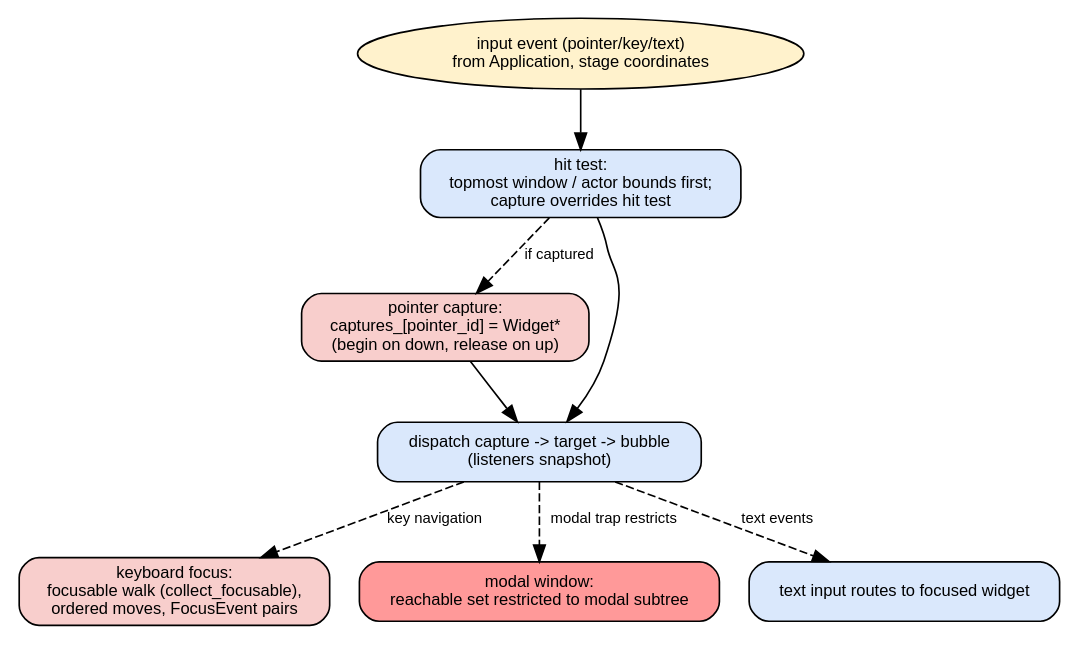
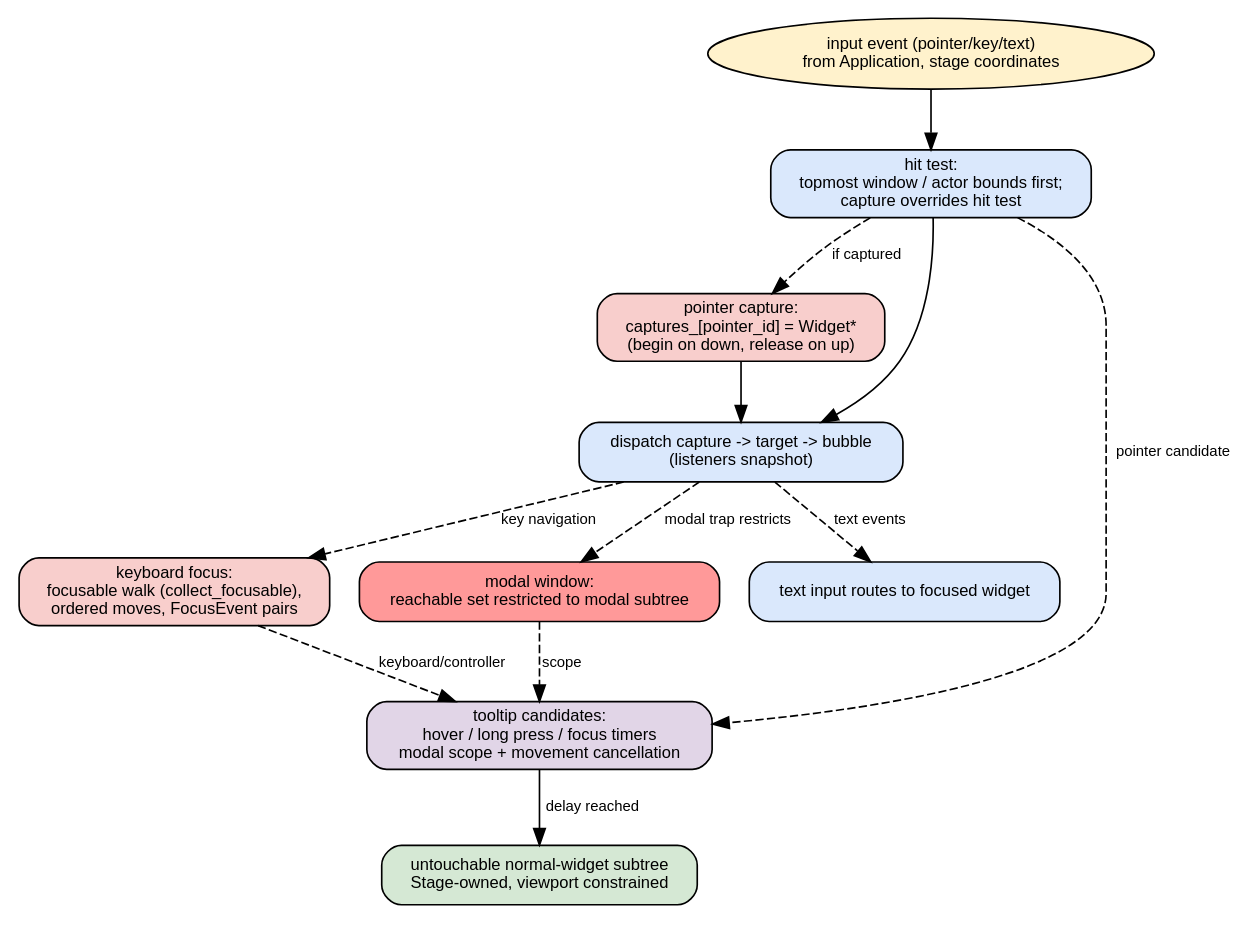
One commit to squared-netizen/squared changed the diagram in docs/developer/squared-gui/GUI-input-focus.dot. Above: the diagram before and after it, drawn with Graphviz. The commit also changed 46 other files, not shown here.

```diff
--- a/docs/developer/squared-gui/GUI-input-focus.dot
+++ b/docs/developer/squared-gui/GUI-input-focus.dot
@@ -1,24 +1,30 @@
 // Input/focus/capture event flow.
 // Capture -> target -> bubble through the widget tree; pointer capture and
 // keyboard focus govern delivery.
 digraph gui_input_focus {
   rankdir="TB";
   node [shape=box, style="rounded,filled", fontname="Helvetica", fontsize=10];
   edge [fontname="Helvetica", fontsize=9];
 
   event [label="input event (pointer/key/text)\nfrom Application, stage coordinates", shape=oval, fillcolor="#fff2cc"];
   hit [label="hit test:\ntopmost window / actor bounds first;\ncapture overrides hit test", fillcolor="#dae8fc"];
   capture [label="pointer capture:\ncaptures_[pointer_id] = Widget*\n(begin on down, release on up)", fillcolor="#f8cecc"];
   dispatch [label="dispatch capture -> target -> bubble\n(listeners snapshot)", fillcolor="#dae8fc"];
   focus [label="keyboard focus:\nfocusable walk (collect_focusable),\nordered moves, FocusEvent pairs", fillcolor="#f8cecc"];
   modal [label="modal window:\nreachable set restricted to modal subtree", fillcolor="#ff9999"];
   text [label="text input routes to focused widget", fillcolor="#dae8fc"];
+  tooltip [label="tooltip candidates:\nhover / long press / focus timers\nmodal scope + movement cancellation", fillcolor="#e1d5e7"];
+  transient [label="untouchable normal-widget subtree\nStage-owned, viewport constrained", fillcolor="#d5e8d4"];
 
   event -> hit;
   hit -> capture [style=dashed, label="if captured"];
   hit -> dispatch;
   capture -> dispatch;
   dispatch -> focus [style=dashed, label="key navigation"];
   dispatch -> text [style=dashed, label="text events"];
   dispatch -> modal [style=dashed, label="modal trap restricts"];
+  hit -> tooltip [style=dashed, label="pointer candidate"];
+  focus -> tooltip [style=dashed, label="keyboard/controller"];
+  modal -> tooltip [style=dashed, label="scope"];
+  tooltip -> transient [label="delay reached"];
 }
```
